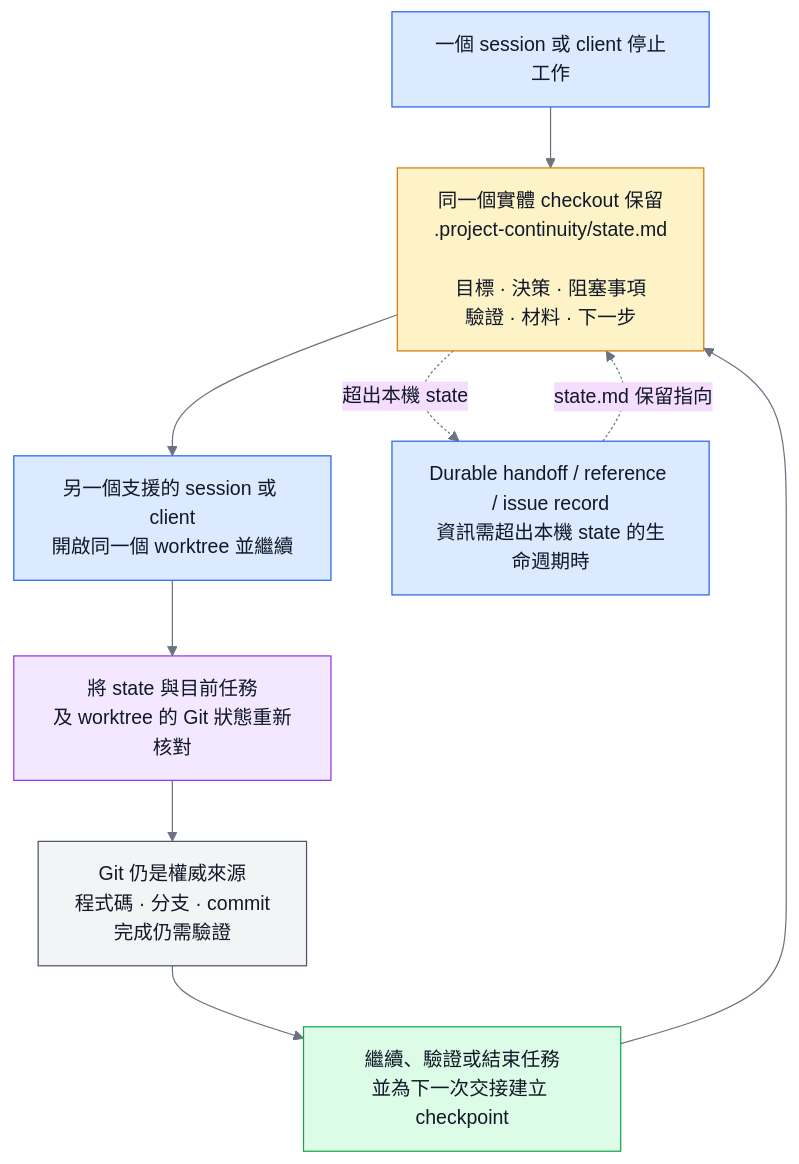
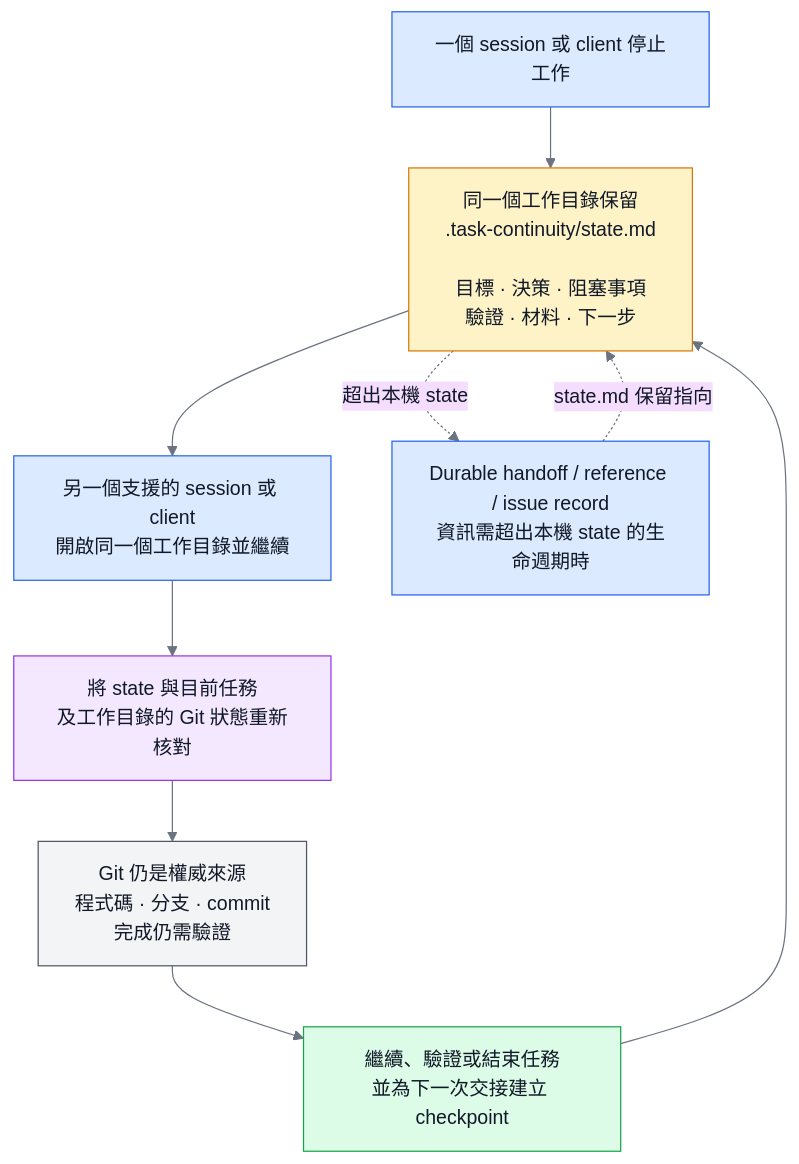
The third of 4 diagrams in README.zh-TW.md (sherrilla71940/personal-agentic-dev-environment), drawn with Mermaid before and after one commit. The commit also changed other lines of this file and 152 other files, not shown here.

````diff
--- a/README.zh-TW.md
+++ b/README.zh-TW.md
@@ -198,28 +257,28 @@
 ```mermaid
 %%{init: {"theme": "base", "themeVariables": {"primaryTextColor": "#111827", "nodeTextColor": "#111827", "textColor": "#111827", "lineColor": "#6b7280"}, "flowchart": {"useMaxWidth": true}}}%%
 flowchart TD
     stop["一個 session 或 client 停止工作"]:::handoff
-    persist["同一個實體 checkout 保留<br/>.project-continuity/state.md<br/><br/>目標 · 決策 · 阻塞事項<br/>驗證 · 材料 · 下一步"]:::state
-    resume["另一個支援的 session 或 client<br/>開啟同一個 worktree 並繼續"]:::handoff
-    reconcile["將 state 與目前任務<br/>及 worktree 的 Git 狀態重新核對"]:::check
+    persist["同一個工作目錄保留<br/>.task-continuity/state.md<br/><br/>目標 · 決策 · 阻塞事項<br/>驗證 · 材料 · 下一步"]:::state
+    resume["另一個支援的 session 或 client<br/>開啟同一個工作目錄並繼續"]:::handoff
+    reconcile["將 state 與目前任務<br/>及工作目錄的 Git 狀態重新核對"]:::check
     git["Git 仍是權威來源<br/>程式碼 · 分支 · commit<br/>完成仍需驗證"]:::authority
     continue["繼續、驗證或結束任務<br/>並為下一次交接建立 checkpoint"]:::work
     durable["Durable handoff / reference / issue record<br/>資訊需超出本機 state 的生命週期時"]:::handoff
 
     stop --> persist --> resume --> reconcile --> git --> continue --> persist
     persist -. "超出本機 state" .-> durable
     durable -. "state.md 保留指向" .-> persist
 
     classDef handoff fill:#dbeafe,stroke:#2563eb,color:#111827
     classDef state fill:#fef3c7,stroke:#d97706,color:#111827
     classDef check fill:#f3e8ff,stroke:#9333ea,color:#111827
     classDef authority fill:#f3f4f6,stroke:#4b5563,color:#111827
     classDef work fill:#dcfce7,stroke:#16a34a,color:#111827
     style stop color:#111827
     style persist color:#111827
     style resume color:#111827
     style reconcile color:#111827
     style git color:#111827
     style continue color:#111827
     style durable color:#111827
 ```
````
